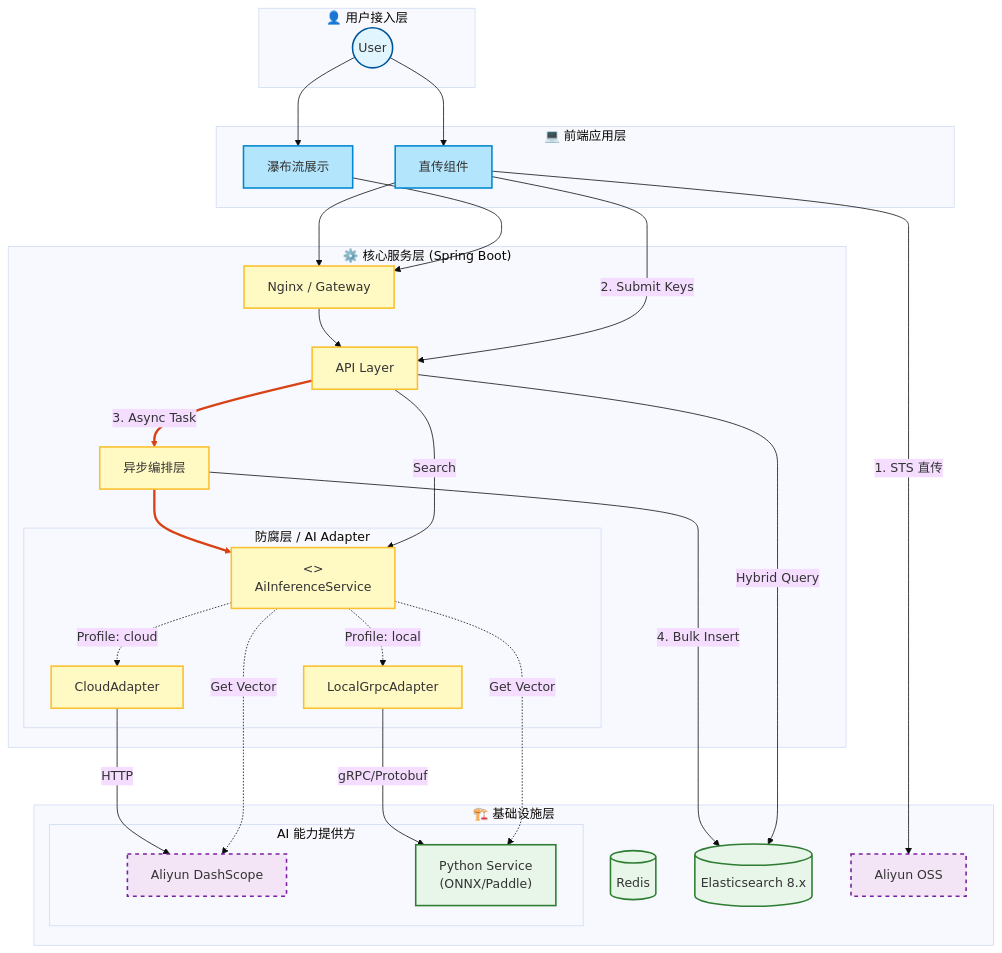
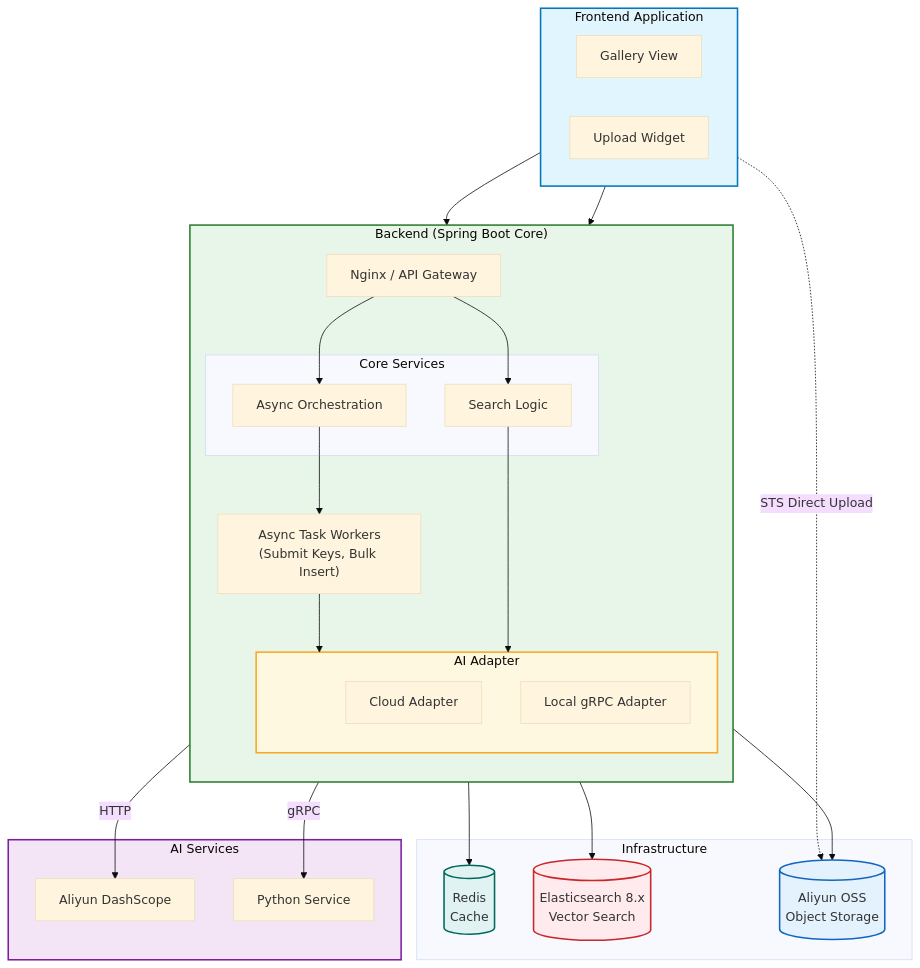
One commit to ryanmeowy/smart-vision changed the first of 2 diagrams in README.md. Above: the diagram before and after it, drawn with Mermaid (base theme).

Commit message:
docs: Optimize the style and structure description of the architecture diagram in the README.

````diff
--- a/README.md
+++ b/README.md
@@ -32,74 +32,75 @@
 ```mermaid
 graph TD
-    %% ================= 样式定义 =================
-    classDef user fill:#e1f5fe,stroke:#01579b,stroke-width:2px;
-    classDef frontend fill:#b3e5fc,stroke:#0288d1,stroke-width:2px;
-    classDef backend fill:#fff9c4,stroke:#fbc02d,stroke-width:2px;
-    classDef local fill:#e8f5e9,stroke:#2e7d32,stroke-width:2px;
-    classDef cloud fill:#f3e5f5,stroke:#7b1fa2,stroke-width:2px,stroke-dasharray: 5 5;
-    
-    %% ================= 层级结构 =================
-    subgraph Layer_User [👤 用户接入层]
-        User((User)):::user
+    %% Styles
+    classDef front fill:#E1F5FE,stroke:#0277BD,stroke-width:2px;
+    classDef back fill:#E8F5E9,stroke:#2E7D32,stroke-width:2px;
+    classDef ai fill:#F3E5F5,stroke:#7B1FA2,stroke-width:2px;
+    classDef infra fill:#fff,stroke:#333,stroke-width:2px,stroke-dasharray: 5 5;
+    classDef db fill:#FFEBEE,stroke:#C62828,stroke-width:2px;
+    classDef redis fill:#E0F2F1,stroke:#00695C,stroke-width:2px;
+    classDef oss fill:#E3F2FD,stroke:#1565C0,stroke-width:2px;
+    classDef yellow fill:#FFF8E1,stroke:#F9A825,stroke-width:2px;
+
+    %% Layout
+    subgraph Frontend_Layer [Frontend Application]
+        direction LR
+        Waterfall[Gallery View]
+        Upload[Upload Widget]
     end
 
-    subgraph Layer_Frontend [💻 前端应用层]
-        Uploader[直传组件]:::frontend
-        SearchUI[瀑布流展示]:::frontend
-    end
+    subgraph Backend_Layer ["Backend (Spring Boot Core)"]
+        direction TB
+        Gateway[Nginx / API Gateway]
+        
+        subgraph Logic [Core Services]
+            Orchestration[Async Orchestration]
+            SearchLogic[Search Logic]
+        end
 
-    subgraph Layer_Core ["⚙️ 核心服务层 (Spring Boot)"]
-        Gateway[Nginx / Gateway]:::backend
-        Controller[API Layer]:::backend
-        AsyncService[异步编排层]:::backend
+        Worker["Async Task Workers<br>(Submit Keys, Bulk Insert)"]
         
-        subgraph ACL [防腐层 / AI Adapter]
-            Interface[<<Interface>>\nAiInferenceService]:::backend
-            CloudImpl[CloudAdapter]:::backend
-            LocalImpl[LocalGrpcAdapter]:::backend
+        subgraph Adapter [AI Adapter]
+            CloudAdapt[Cloud Adapter]
+            LocalAdapt[Local gRPC Adapter]
         end
     end
 
-    subgraph Layer_Infra [🏗️ 基础设施层]
-        Redis[(Redis)]:::local
-        ES[(Elasticsearch 8.x)]:::local
-        OSS[Aliyun OSS]:::cloud
-        
-        subgraph AI_Provider [AI 能力提供方]
-            SaaS_API[Aliyun DashScope]:::cloud
-            Local_Python["Python Service\n(ONNX/Paddle)"]:::local
-        end
+    subgraph AI_Layer [AI Services]
+        DashScope["Aliyun DashScope"]
+        PythonSvc["Python Service"]
     end
 
-    %% ================= 链路连接 =================
+    subgraph Infra_Layer [Infrastructure]
+        Redis[(Redis<br>Cache)]
+        ES[(Elasticsearch 8.x<br>Vector Search)]
+        OSS[(Aliyun OSS<br>Object Storage)]
+    end
 
-    %% 1. 接入
-    User --> Uploader
-    User --> SearchUI
-    Uploader & SearchUI --> Gateway
-    Gateway --> Controller
+    %% Connections
+    Waterfall --> Gateway
+    Upload --> Gateway
+    Upload -.->|STS Direct Upload| OSS
 
-    %% 2. 写入链路 (Write Path)
-    Uploader -- "1. STS 直传" --> OSS
-    Uploader -- "2. Submit Keys" --> Controller
-    Controller -- "3. Async Task" --> AsyncService
+    Gateway --> Orchestration
+    Gateway --> SearchLogic
     
-    %% 3. AI 推理路由 (核心亮点)
-    AsyncService --> Interface
-    Interface -.->|Profile: cloud| CloudImpl
-    Interface -.->|Profile: local| LocalImpl
-    
-    CloudImpl -- "HTTP" --> SaaS_API
-    LocalImpl -- "gRPC/Protobuf" --> Local_Python
-    
-    %% 4. 存储
-    AsyncService -- "4. Bulk Insert" --> ES
+    Orchestration --> Worker
+    Worker --> Adapter
+    SearchLogic --> Adapter
 
-    %% 5. 读取链路
-    Controller -- "Search" --> Interface
-    Interface -.->|Get Vector| SaaS_API & Local_Python
-    Controller -- "Hybrid Query" --> ES
+    CloudAdapt -->|HTTP| DashScope
+    LocalAdapt -->|gRPC| PythonSvc
 
-    %% ================= 样式微调 =================
-    linkStyle 7,8 stroke:#d84315,stroke-width:3px; 
+    Adapter --> Redis
+    Worker --> ES
+    Worker --> OSS
+
+    %% Apply Styles
+    class Frontend_Layer front
+    class Backend_Layer back
+    class AI_Layer ai
+    class Adapter yellow
+    class Redis redis
+    class ES db
+    class OSS oss
 ```
````
